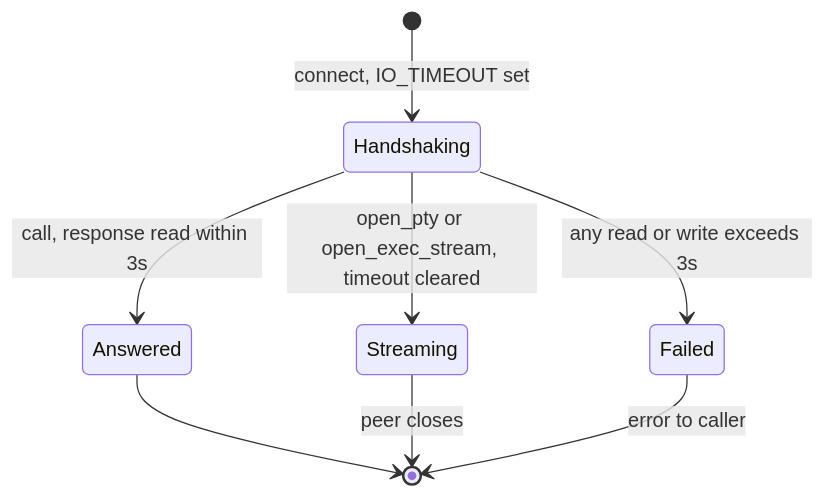
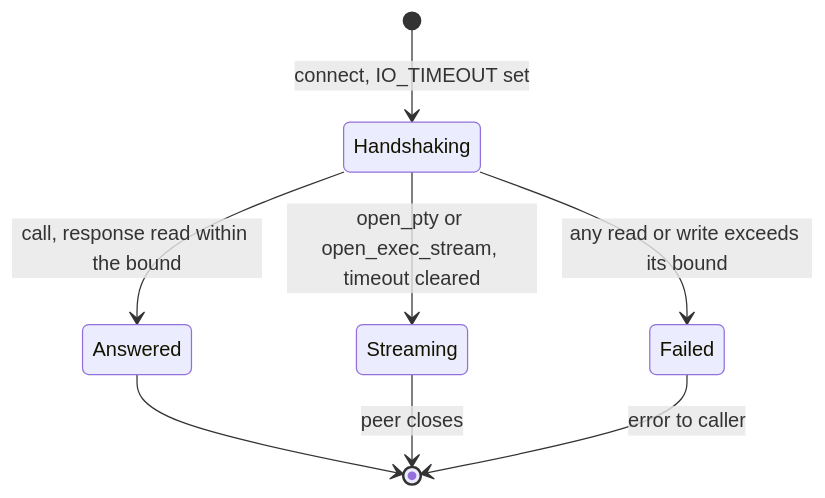
The second of 3 diagrams in website/src/content/engineering/22-opt-bounded-vsock-io.md (SumitKumar-17/sandkiln), drawn with Mermaid before and after one commit. The commit also changed other lines of this file and 91 other files, not shown here.

````diff
--- a/website/src/content/engineering/22-opt-bounded-vsock-io.md
+++ b/website/src/content/engineering/22-opt-bounded-vsock-io.md
@@ -97,10 +78,10 @@
 ```mermaid
 stateDiagram-v2
   [*] --> Handshaking: connect, IO_TIMEOUT set
-  Handshaking --> Answered: call, response read within 3s
+  Handshaking --> Answered: call, response read within the bound
   Handshaking --> Streaming: open_pty or open_exec_stream, timeout cleared
-  Handshaking --> Failed: any read or write exceeds 3s
+  Handshaking --> Failed: any read or write exceeds its bound
   Answered --> [*]
   Streaming --> [*]: peer closes
   Failed --> [*]: error to caller
 ```
````
